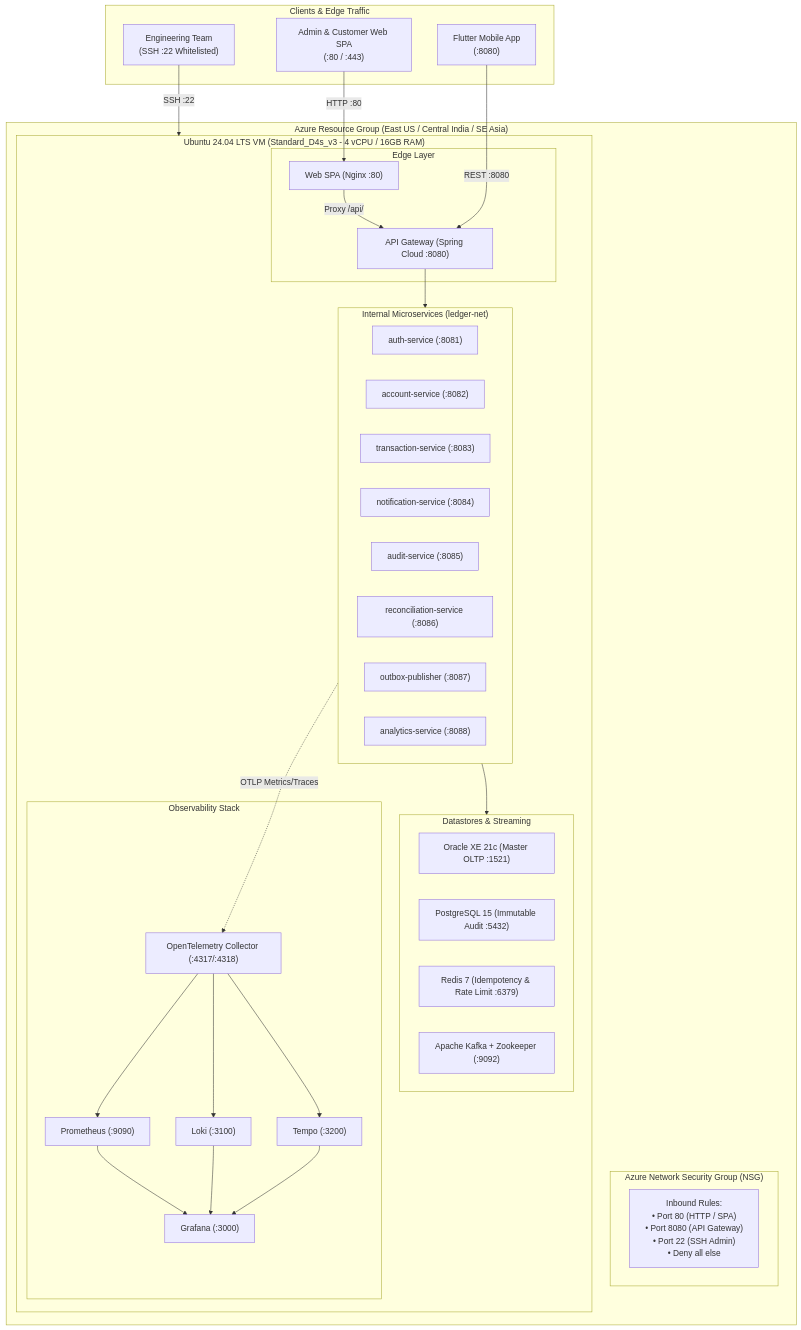
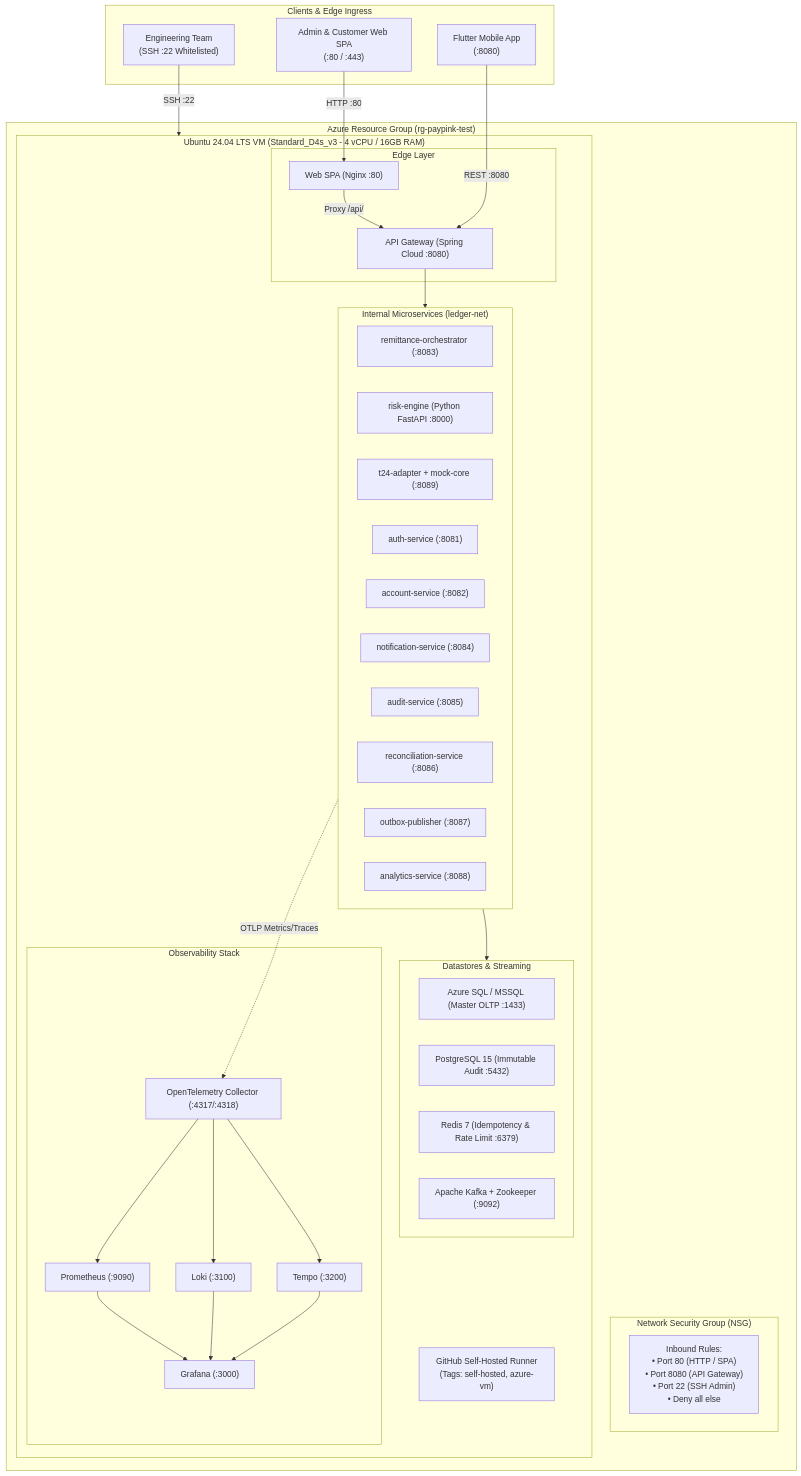
The first of 2 diagrams in docs/AZURE_DEPLOYMENT_GUIDE.md (TechStart-Integration-Capstone/Integrated-Capstone), drawn with Mermaid before and after one commit. The commit also changed other lines of this file and 1 other file, not shown here.

Commit message:
docs: add Azure deployment guide and CI/CD pipeline workflow configuration

````diff
--- a/docs/AZURE_DEPLOYMENT_GUIDE.md
+++ b/docs/AZURE_DEPLOYMENT_GUIDE.md
@@ -10,62 +11,66 @@
 ```mermaid
 flowchart TD
-    subgraph Clients["Clients & Edge Traffic"]
+    subgraph Clients["Clients & Edge Ingress"]
         Browser["Admin & Customer Web SPA\n(:80 / :443)"]
         Mobile["Flutter Mobile App\n(:8080)"]
         Devs["Engineering Team\n(SSH :22 Whitelisted)"]
     end
 
-    subgraph AzureRG["Azure Resource Group (East US / Central India / SE Asia)"]
-        subgraph NSG["Azure Network Security Group (NSG)"]
+    subgraph AzureRG["Azure Resource Group (rg-paypink-test)"]
+        subgraph NSG["Network Security Group (NSG)"]
             FWRules["Inbound Rules:\n• Port 80 (HTTP / SPA)\n• Port 8080 (API Gateway)\n• Port 22 (SSH Admin)\n• Deny all else"]
         end
 
         subgraph VM["Ubuntu 24.04 LTS VM (Standard_D4s_v3 - 4 vCPU / 16GB RAM)"]
             subgraph Edge["Edge Layer"]
                 Nginx["Web SPA (Nginx :80)"]
                 Gateway["API Gateway (Spring Cloud :8080)"]
             end
 
             subgraph CoreServices["Internal Microservices (ledger-net)"]
+                Orchestrator["remittance-orchestrator (:8083)"]
+                Risk["risk-engine (Python FastAPI :8000)"]
+                T24["t24-adapter + mock-core (:8089)"]
                 Auth["auth-service (:8081)"]
                 Account["account-service (:8082)"]
-                Txn["transaction-service (:8083)"]
                 Notif["notification-service (:8084)"]
                 Audit["audit-service (:8085)"]
                 Recon["reconciliation-service (:8086)"]
                 Outbox["outbox-publisher (:8087)"]
                 Analytics["analytics-service (:8088)"]
             end
 
             subgraph Datastores["Datastores & Streaming"]
-                Oracle["Oracle XE 21c (Master OLTP :1521)"]
+                SQL["Azure SQL / MSSQL (Master OLTP :1433)"]
                 Postgres["PostgreSQL 15 (Immutable Audit :5432)"]
                 Redis["Redis 7 (Idempotency & Rate Limit :6379)"]
                 Kafka["Apache Kafka + Zookeeper (:9092)"]
             end
 
             subgraph Telemetry["Observability Stack"]
                 OTel["OpenTelemetry Collector (:4317/:4318)"]
                 Prom["Prometheus (:9090)"]
                 Loki["Loki (:3100)"]
                 Tempo["Tempo (:3200)"]
                 Grafana["Grafana (:3000)"]
             end
+
+            Runner["GitHub Self-Hosted Runner\n(Tags: self-hosted, azure-vm)"]
         end
     end
 
     Browser -->|HTTP :80| Nginx
     Nginx -->|Proxy /api/| Gateway
     Mobile -->|REST :8080| Gateway
     Devs -->|SSH :22| VM
 
     Gateway --> CoreServices
     CoreServices --> Datastores
     CoreServices -.->|OTLP Metrics/Traces| OTel
     OTel --> Prom
     OTel --> Loki
     OTel --> Tempo
     Prom --> Grafana
     Loki --> Grafana
     Tempo --> Grafana
 ```
````
